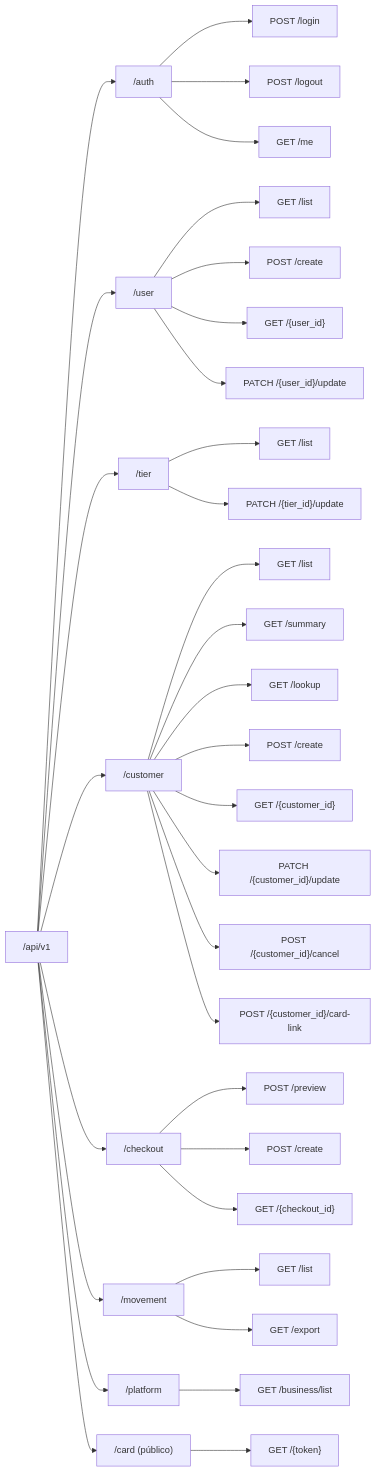
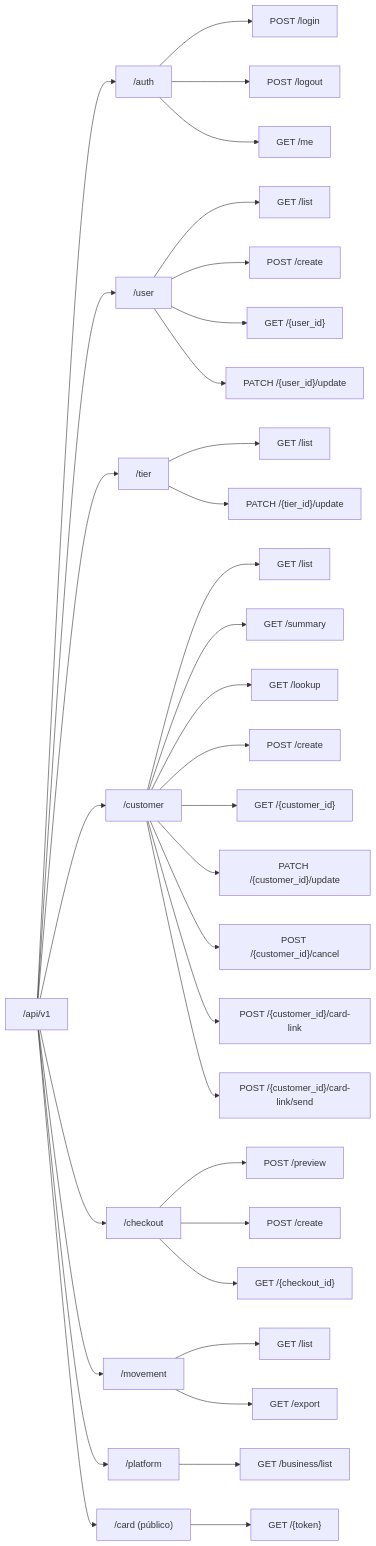
The sixth of 13 diagrams in docs/ARCHITECTURE.md (AGA-Studio/Member-Web), drawn with Mermaid before and after one commit. The commit also changed other lines of this file and 1 other file, not shown here.

````diff
--- a/docs/ARCHITECTURE.md
+++ b/docs/ARCHITECTURE.md
@@ -399,43 +420,44 @@
 ```mermaid
 flowchart LR
     ROOT["/api/v1"] --> AUTH["/auth"]
     ROOT --> USER["/user"]
     ROOT --> TIER["/tier"]
     ROOT --> CUST["/customer"]
     ROOT --> CHK["/checkout"]
     ROOT --> MOV["/movement"]
     ROOT --> PLAT["/platform"]
     ROOT --> CARD["/card (público)"]
 
     AUTH --> L["POST /login"]
     AUTH --> LO["POST /logout"]
     AUTH --> ME["GET /me"]
 
     USER --> UL["GET /list"]
     USER --> UC["POST /create"]
     USER --> UG["GET /{user_id}"]
     USER --> UU["PATCH /{user_id}/update"]
 
     TIER --> TL["GET /list"]
     TIER --> TU["PATCH /{tier_id}/update"]
 
     CUST --> CL["GET /list"]
     CUST --> CS["GET /summary"]
     CUST --> CK["GET /lookup"]
     CUST --> CC["POST /create"]
     CUST --> CG["GET /{customer_id}"]
     CUST --> CU["PATCH /{customer_id}/update"]
     CUST --> CX["POST /{customer_id}/cancel"]
     CUST --> CLK["POST /{customer_id}/card-link"]
+    CUST --> CLS["POST /{customer_id}/card-link/send"]
 
     CHK --> KP["POST /preview"]
     CHK --> KC["POST /create"]
     CHK --> KG["GET /{checkout_id}"]
 
     MOV --> VL["GET /list"]
     MOV --> VE["GET /export"]
 
     PLAT --> PB["GET /business/list"]
 
     CARD --> DG["GET /{token}"]
 ```
````
